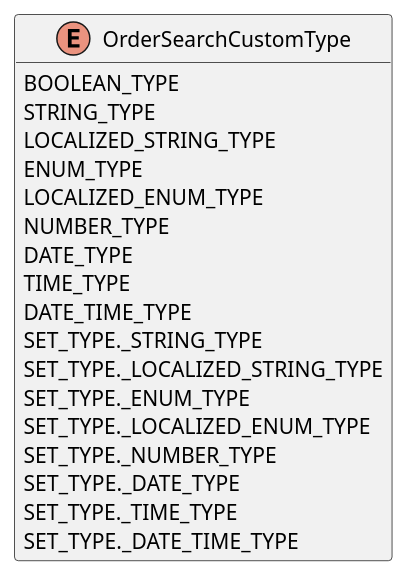
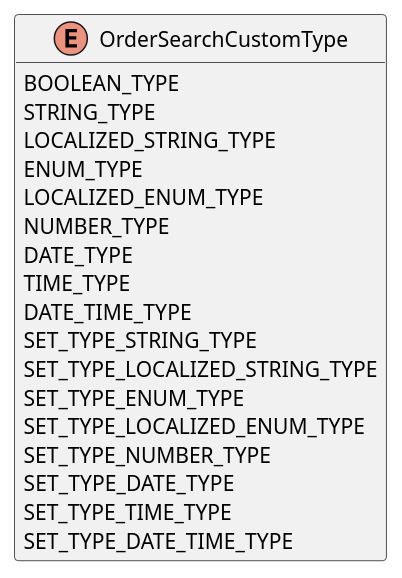
The diagram in uml/api/OrderSearchCustomType.puml (commercetools/commercetools-api-reference), drawn with PlantUML before and after one commit. The commit also changed 2 other files, not shown here.

```diff
--- a/uml/api/OrderSearchCustomType.puml
+++ b/uml/api/OrderSearchCustomType.puml
@@ -1,25 +1,25 @@
 @startuml
 
 hide methods
 enum OrderSearchCustomType {
     BOOLEAN_TYPE
     STRING_TYPE
     LOCALIZED_STRING_TYPE
     ENUM_TYPE
     LOCALIZED_ENUM_TYPE
     NUMBER_TYPE
     DATE_TYPE
     TIME_TYPE
     DATE_TIME_TYPE
-    SET_TYPE._STRING_TYPE
-    SET_TYPE._LOCALIZED_STRING_TYPE
-    SET_TYPE._ENUM_TYPE
-    SET_TYPE._LOCALIZED_ENUM_TYPE
-    SET_TYPE._NUMBER_TYPE
-    SET_TYPE._DATE_TYPE
-    SET_TYPE._TIME_TYPE
-    SET_TYPE._DATE_TIME_TYPE
+    SET_TYPE_STRING_TYPE
+    SET_TYPE_LOCALIZED_STRING_TYPE
+    SET_TYPE_ENUM_TYPE
+    SET_TYPE_LOCALIZED_ENUM_TYPE
+    SET_TYPE_NUMBER_TYPE
+    SET_TYPE_DATE_TYPE
+    SET_TYPE_TIME_TYPE
+    SET_TYPE_DATE_TIME_TYPE
 }
 
 
 @enduml
```
